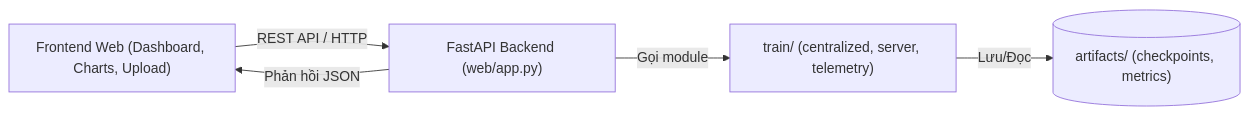
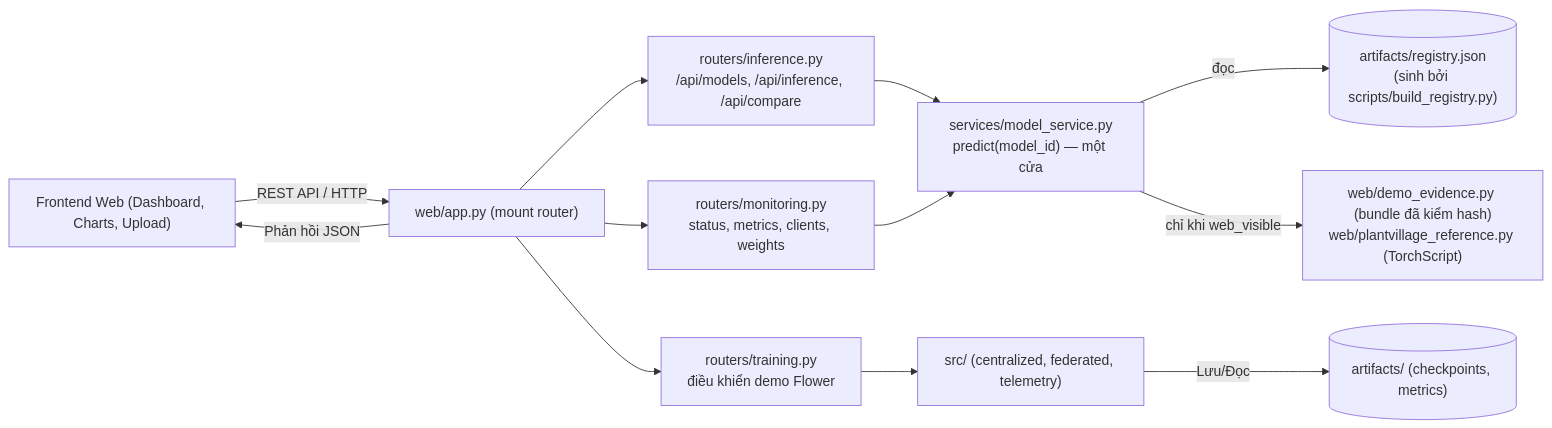
The fifth of 5 diagrams in docs/ARCHITECTURE.md (khanh51024/Federated-Learning-DoAn-TotNghiep), drawn with Mermaid before and after one commit. The commit also changed other lines of this file and 56 other files, not shown here.

````diff
--- a/docs/ARCHITECTURE.md
+++ b/docs/ARCHITECTURE.md
@@ -109,8 +112,15 @@
 ```mermaid
 graph LR
-    UI["Frontend Web (Dashboard, Charts, Upload)"] 
-    -->|REST API / HTTP| API["FastAPI Backend (web/app.py)"]
-    API -->|Gọi module| TrainCore["train/ (centralized, server, telemetry)"]
-    TrainCore -->|Lưu/Đọc| Artifacts[("artifacts/ (checkpoints, metrics)")]
-    API -->|Phản hồi JSON| UI
+    UI["Frontend Web (Dashboard, Charts, Upload)"]
+    -->|REST API / HTTP| APP["web/app.py (mount router)"]
+    APP --> MON["routers/monitoring.py<br/>status, metrics, clients, weights"]
+    APP --> INF["routers/inference.py<br/>/api/models, /api/inference, /api/compare"]
+    APP --> TRN["routers/training.py<br/>điều khiển demo Flower"]
+    INF --> SVC["services/model_service.py<br/>predict(model_id) — một cửa"]
+    MON --> SVC
+    SVC -->|đọc| REG[("artifacts/registry.json<br/>(sinh bởi scripts/build_registry.py)")]
+    SVC -->|chỉ khi web_visible| BUN["web/demo_evidence.py (bundle đã kiểm hash)<br/>web/plantvillage_reference.py (TorchScript)"]
+    TRN --> ENG["src/ (centralized, federated, telemetry)"]
+    ENG -->|Lưu/Đọc| ART[("artifacts/ (checkpoints, metrics)")]
+    APP -->|Phản hồi JSON| UI
 ```
````
